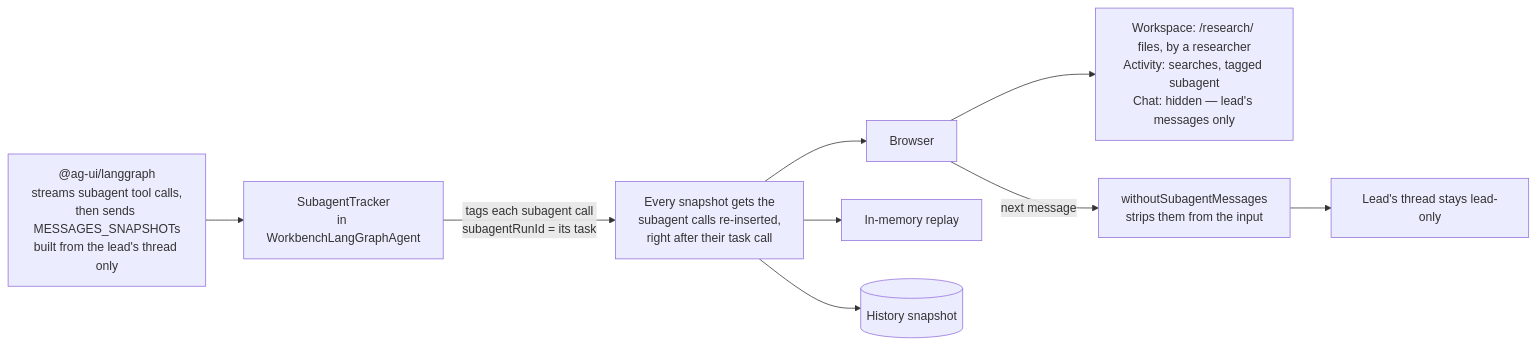
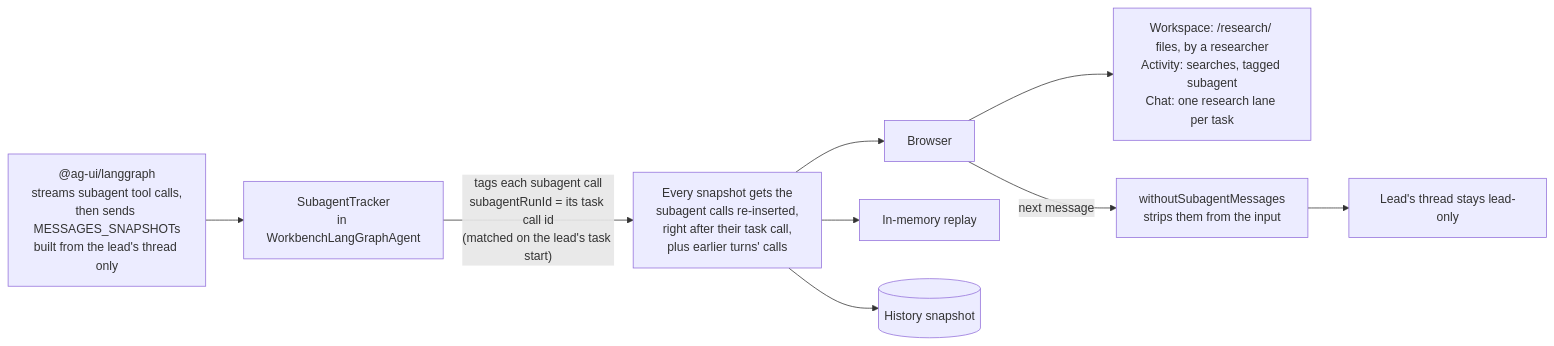
The sixth of 7 diagrams in README.md (jzamalloa1/intelligence-workbench), drawn with Mermaid before and after one commit. The commit also changed other lines of this file and 10 other files, not shown here.

First line of the commit message:
Research lanes in the chat

````diff
--- a/README.md
+++ b/README.md
@@ -381,11 +381,11 @@
 ```mermaid
 flowchart LR
     ADAPTER["@ag-ui/langgraph<br/>streams subagent tool calls,<br/>then sends MESSAGES_SNAPSHOTs<br/>built from the lead's thread only"] --> TRACK["SubagentTracker<br/>in WorkbenchLangGraphAgent"]
-    TRACK -->|"tags each subagent call<br/>subagentRunId = its task"| OUT["Every snapshot gets the<br/>subagent calls re-inserted,<br/>right after their task call"]
+    TRACK -->|"tags each subagent call<br/>subagentRunId = its task call id<br/>(matched on the lead's task start)"| OUT["Every snapshot gets the<br/>subagent calls re-inserted,<br/>right after their task call,<br/>plus earlier turns' calls"]
     OUT --> UI["Browser"]
     OUT --> MEM["In-memory replay"]
     OUT --> DB[("History snapshot")]
-    UI --> PANELS["Workspace: /research/ files, by a researcher<br/>Activity: searches, tagged subagent<br/>Chat: hidden — lead's messages only"]
+    UI --> PANELS["Workspace: /research/ files, by a researcher<br/>Activity: searches, tagged subagent<br/>Chat: one research lane per task"]
     UI -->|"next message"| STRIP["withoutSubagentMessages<br/>strips them from the input"]
     STRIP --> LEADTHREAD["Lead's thread stays lead-only"]
 ```
````
